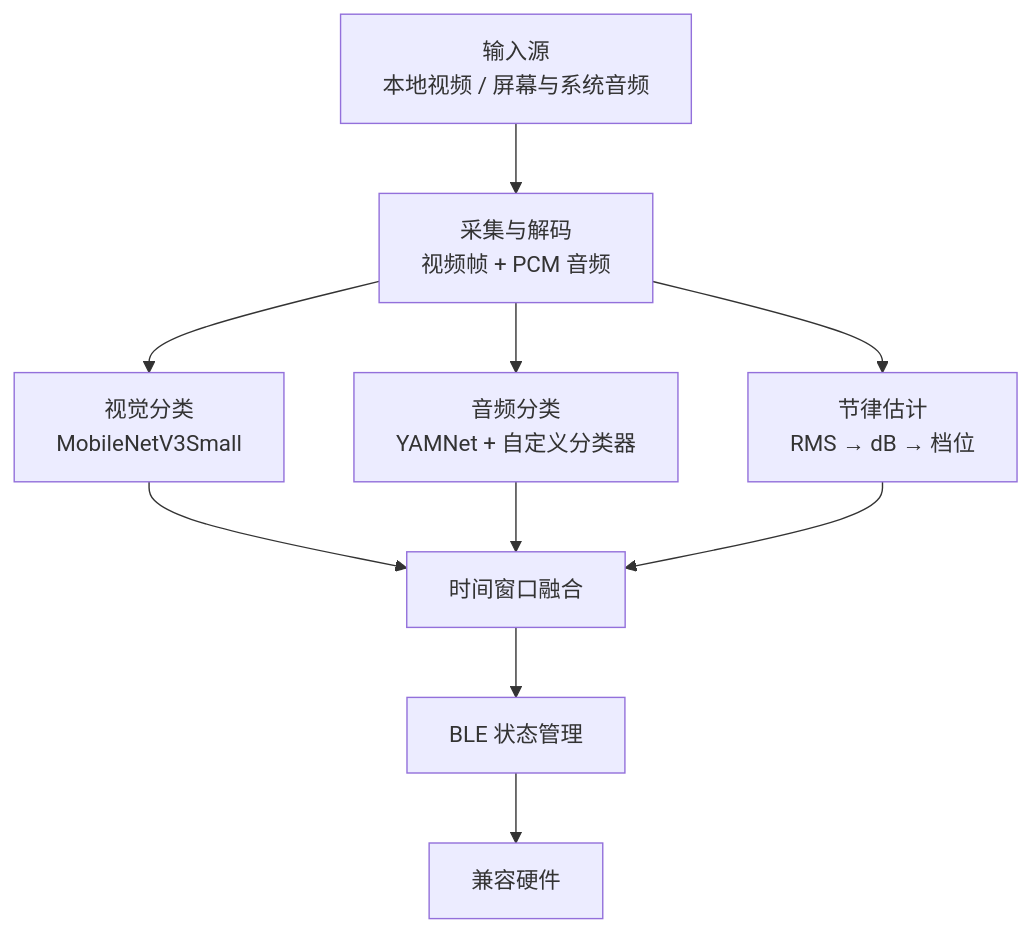
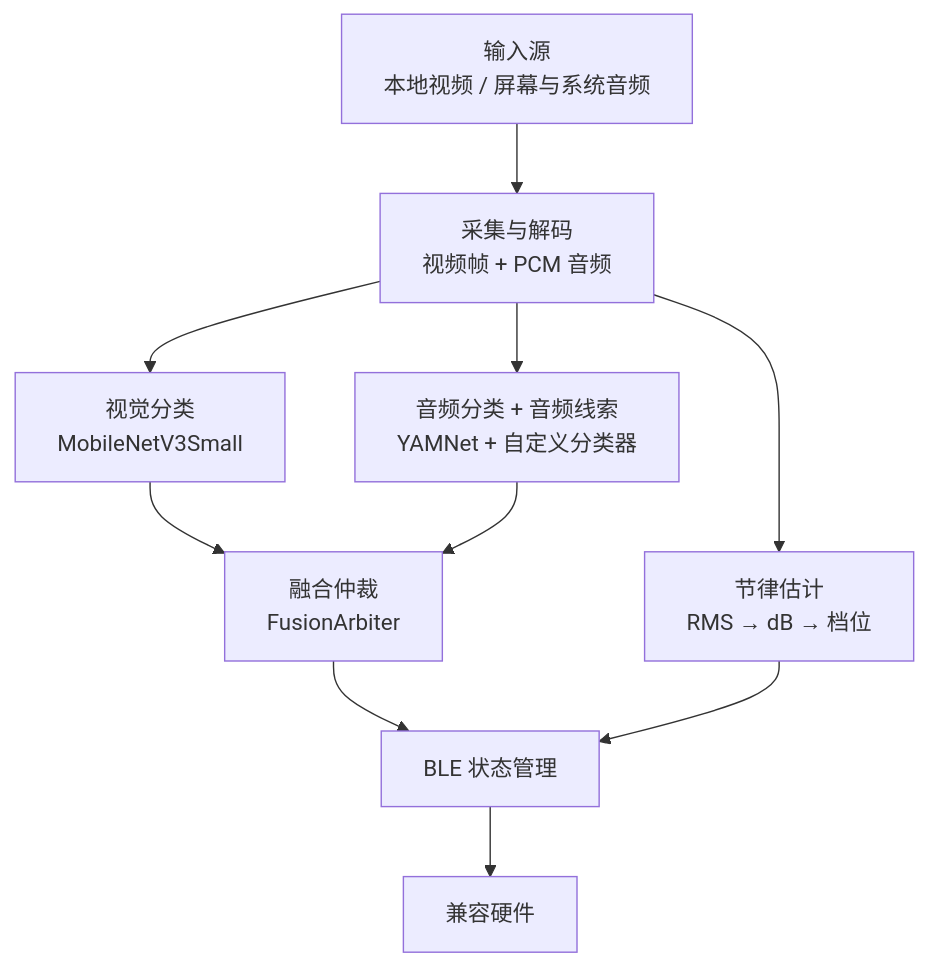
Before and after one commit to Tingfu-Zhou/xcup-android: the diagram in README.md, drawn with Mermaid. The commit also changed other lines of this file and 1 other file, not shown here.

````diff
--- a/README.md
+++ b/README.md
@@ -28,12 +34,12 @@
 ```mermaid
 flowchart TB
     A["输入源<br/>本地视频 / 屏幕与系统音频"] --> B["采集与解码<br/>视频帧 + PCM 音频"]
     B --> C["视觉分类<br/>MobileNetV3Small"]
-    B --> D["音频分类<br/>YAMNet + 自定义分类器"]
+    B --> D["音频分类 + 音频线索<br/>YAMNet + 自定义分类器"]
     B --> E["节律估计<br/>RMS → dB → 档位"]
-    C --> F["时间窗口融合"]
+    C --> F["融合仲裁<br/>FusionArbiter"]
     D --> F
-    E --> F
     F --> G["BLE 状态管理"]
+    E --> G
     G --> H["兼容硬件"]
 ```
````
